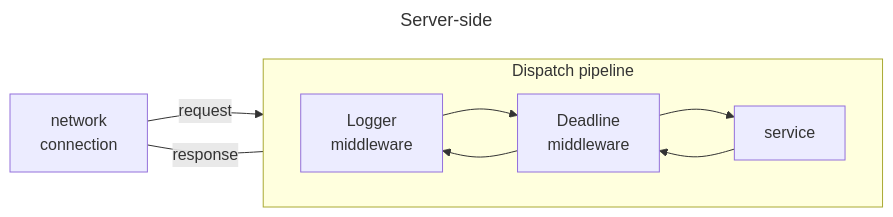
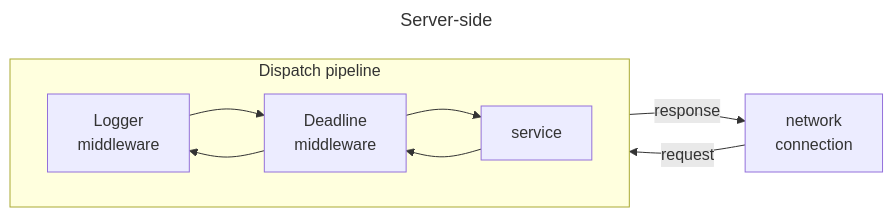
The second of 2 diagrams in README.md (icerpc/icerpc-csharp), drawn with Mermaid before and after one commit. The commit also changed other lines of this file, not shown here.

Commit message:
Fix Mermaid diagrams

````diff
--- a/README.md
+++ b/README.md
@@ -93,13 +92,11 @@
 ```mermaid
 ---
 title: Server-side
 ---
 flowchart LR
+    connection[network<br>connection] -- request --> lm -- response --> connection
     subgraph pipeline [Dispatch pipeline]
         direction LR
         lm[Logger<br>middleware] --> dm[Deadline<br>middleware] --> service --> dm --> lm
-
     end
-    connection[network<br>connection] -- request --> lm
-    connection -- response --- lm
 ```
````
